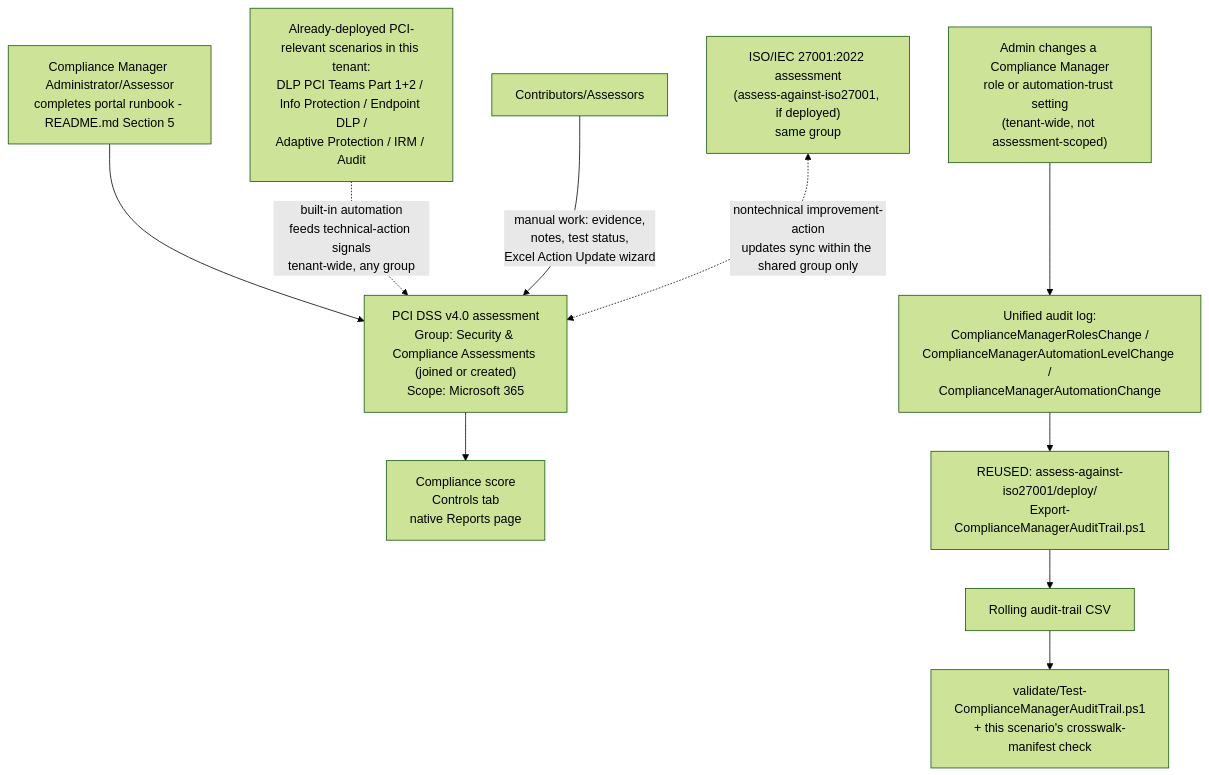
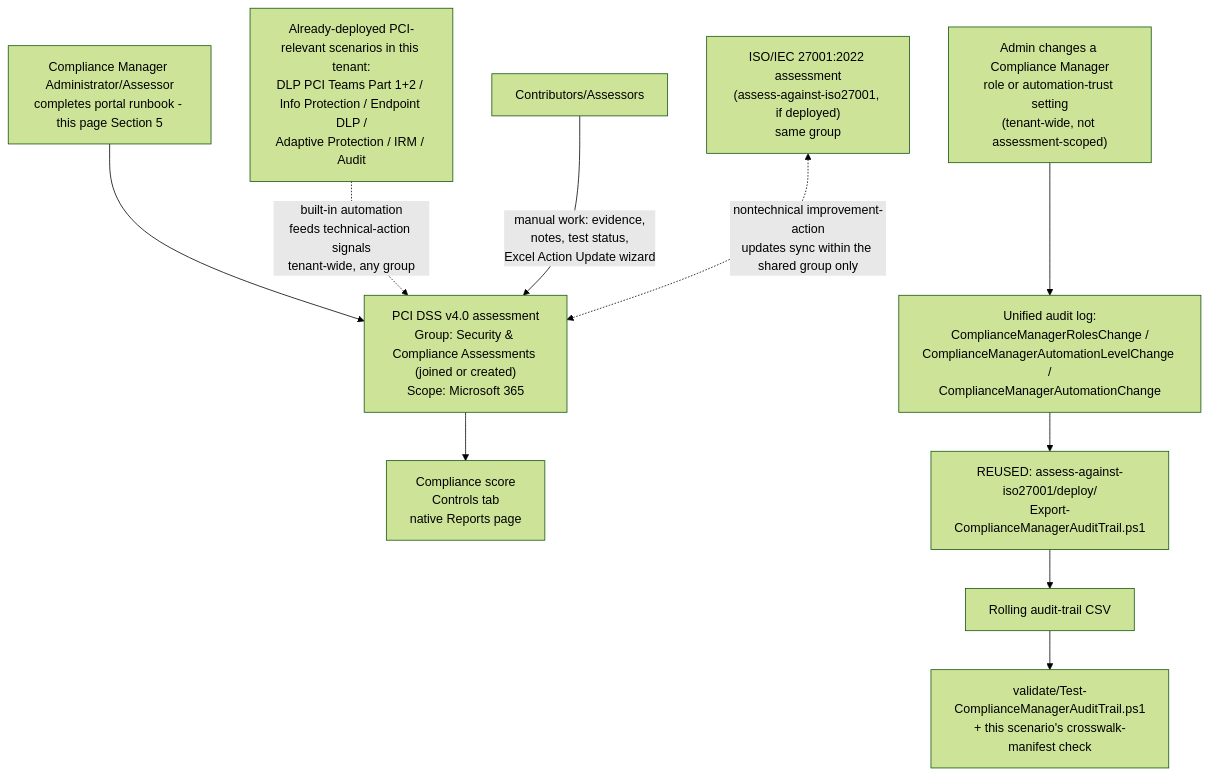
The diagram in src/content/scenarios/compliance-manager/pci-dss-assessment.design.md (kpsec1/kpsec1.github.io), drawn with Mermaid (forest theme) before and after one commit. The commit also changed 269 other files, not shown here.

````diff
--- a/src/content/scenarios/compliance-manager/pci-dss-assessment.design.md
+++ b/src/content/scenarios/compliance-manager/pci-dss-assessment.design.md
@@ -179,12 +179,12 @@
 ```mermaid
 flowchart TD
-    A[Compliance Manager Administrator/Assessor<br/>completes portal runbook - README.md Section 5] --> B["PCI DSS v4.0 assessment<br/>Group: Security & Compliance Assessments (joined or created)<br/>Scope: Microsoft 365"]
+    A[Compliance Manager Administrator/Assessor<br/>completes portal runbook - this page Section 5] --> B["PCI DSS v4.0 assessment<br/>Group: Security & Compliance Assessments (joined or created)<br/>Scope: Microsoft 365"]
     C["Already-deployed PCI-relevant scenarios in this tenant:<br/>DLP PCI Teams Part 1+2 / Info Protection / Endpoint DLP /<br/>Adaptive Protection / IRM / Audit"] -.built-in automation<br/>feeds technical-action signals<br/>tenant-wide, any group.-> B
     D[Contributors/Assessors] -->|manual work: evidence,<br/>notes, test status,<br/>Excel Action Update wizard| B
     E["ISO/IEC 27001:2022 assessment<br/>(assess-against-iso27001, if deployed)<br/>same group"] <-.nontechnical improvement-action<br/>updates sync within the shared group only.-> B
     B --> F[Compliance score<br/>Controls tab<br/>native Reports page]
     G["Admin changes a Compliance Manager<br/>role or automation-trust setting<br/>(tenant-wide, not assessment-scoped)"] --> H["Unified audit log:<br/>ComplianceManagerRolesChange /<br/>ComplianceManagerAutomationLevelChange /<br/>ComplianceManagerAutomationChange"]
     H --> I["REUSED: assess-against-iso27001/deploy/<br/>Export-ComplianceManagerAuditTrail.ps1"]
     I --> J[Rolling audit-trail CSV]
     J --> K[validate/Test-ComplianceManagerAuditTrail.ps1<br/>+ this scenario's crosswalk-manifest check]
 ```
````
